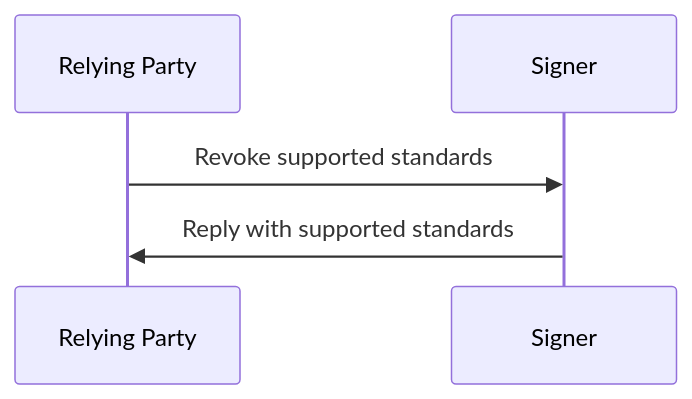
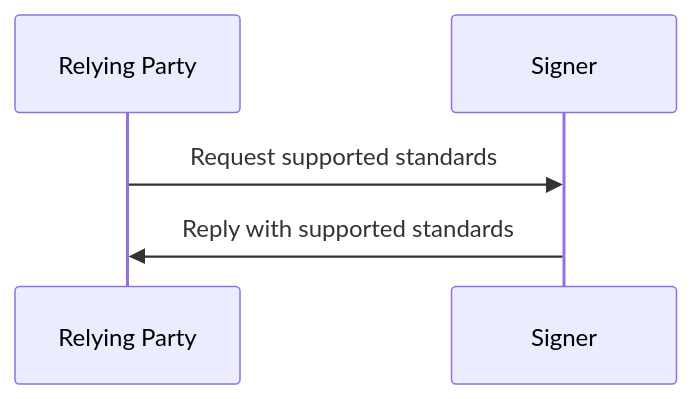
The fourth of 4 diagrams in topics/icrc_25_signer_interaction_standard.md (dfinity/wg-identity-authentication), drawn with Mermaid before and after one commit. The commit also changed other lines of this file, not shown here.

````diff
--- a/topics/icrc_25_signer_interaction_standard.md
+++ b/topics/icrc_25_signer_interaction_standard.md
@@ -387,8 +362,8 @@
 ```mermaid
 sequenceDiagram
     participant RP as Relying Party
     participant S as Signer
 
-    RP ->> S: Revoke supported standards
+    RP ->> S: Request supported standards
     S ->> RP: Reply with supported standards
 ```
````
